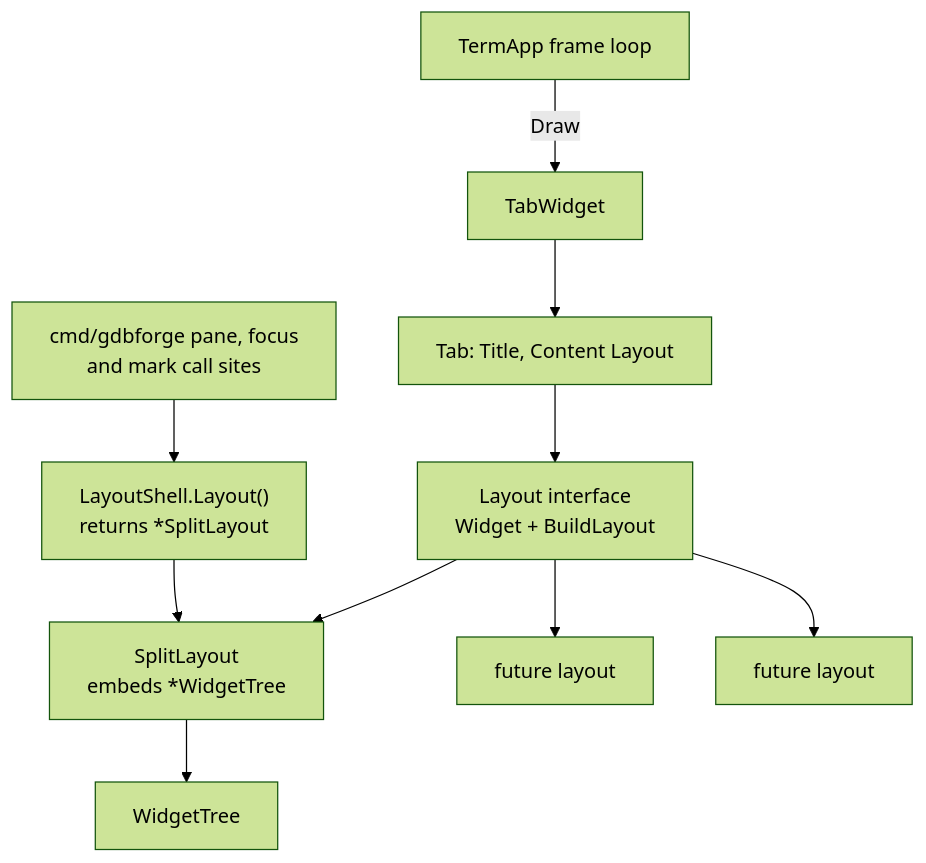
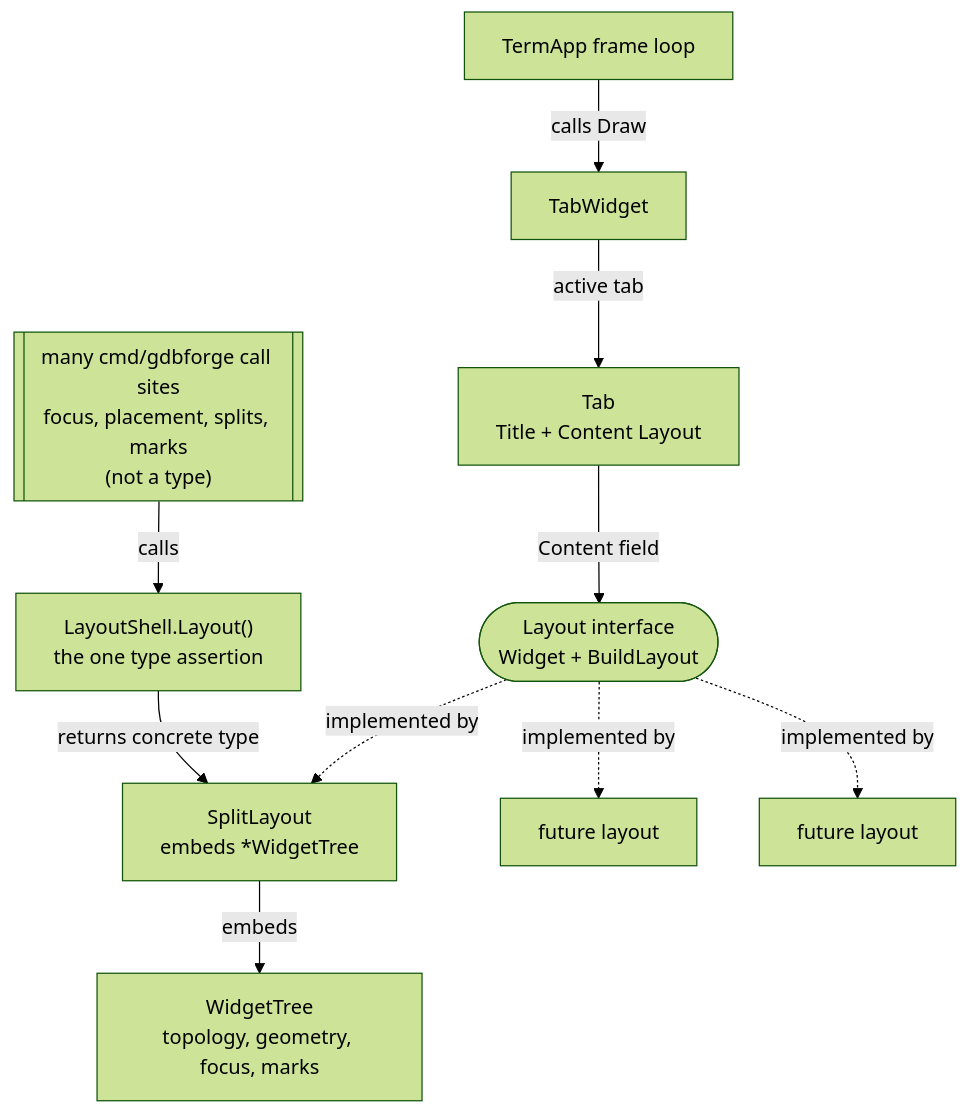
The sixth of 7 diagrams in docs/WINDOW_MANAGEMENT.md (yairgd/gdbforge), drawn with Mermaid (forest theme) before and after one commit. The commit also changed other lines of this file and 3 other files, not shown here.

````diff
--- a/docs/WINDOW_MANAGEMENT.md
+++ b/docs/WINDOW_MANAGEMENT.md
@@ -251,23 +422,23 @@
 ```mermaid
 flowchart TD
     TermApp["TermApp frame loop"]
     TabW["TabWidget"]
-    Tab["Tab: Title, Content Layout"]
-    Iface["Layout interface<br/>Widget + BuildLayout"]
+    Tab["Tab<br/>Title + Content Layout"]
+    Iface(["Layout interface<br/>Widget + BuildLayout"])
     SL["SplitLayout<br/>embeds *WidgetTree"]
-    WT["WidgetTree"]
+    WT["WidgetTree<br/>topology, geometry, focus, marks"]
     FutureA["future layout"]
     FutureB["future layout"]
-    Shell["LayoutShell.Layout()<br/>returns *SplitLayout"]
-    AppCode["cmd/gdbforge pane, focus<br/>and mark call sites"]
+    Shell["LayoutShell.Layout()<br/>the one type assertion"]
+    AppCode[["many cmd/gdbforge call sites<br/>focus, placement, splits, marks<br/>(not a type)"]]
 
-    TermApp -->|"Draw"| TabW
-    TabW --> Tab
-    Tab --> Iface
-    Iface --> SL
-    Iface --> FutureA
-    Iface --> FutureB
-    SL --> WT
-    AppCode --> Shell
-    Shell --> SL
+    TermApp -->|"calls Draw"| TabW
+    TabW -->|"active tab"| Tab
+    Tab -->|"Content field"| Iface
+    Iface -.->|"implemented by"| SL
+    Iface -.->|"implemented by"| FutureA
+    Iface -.->|"implemented by"| FutureB
+    SL -->|"embeds"| WT
+    AppCode -->|"calls"| Shell
+    Shell -->|"returns concrete type"| SL
 ```
````
